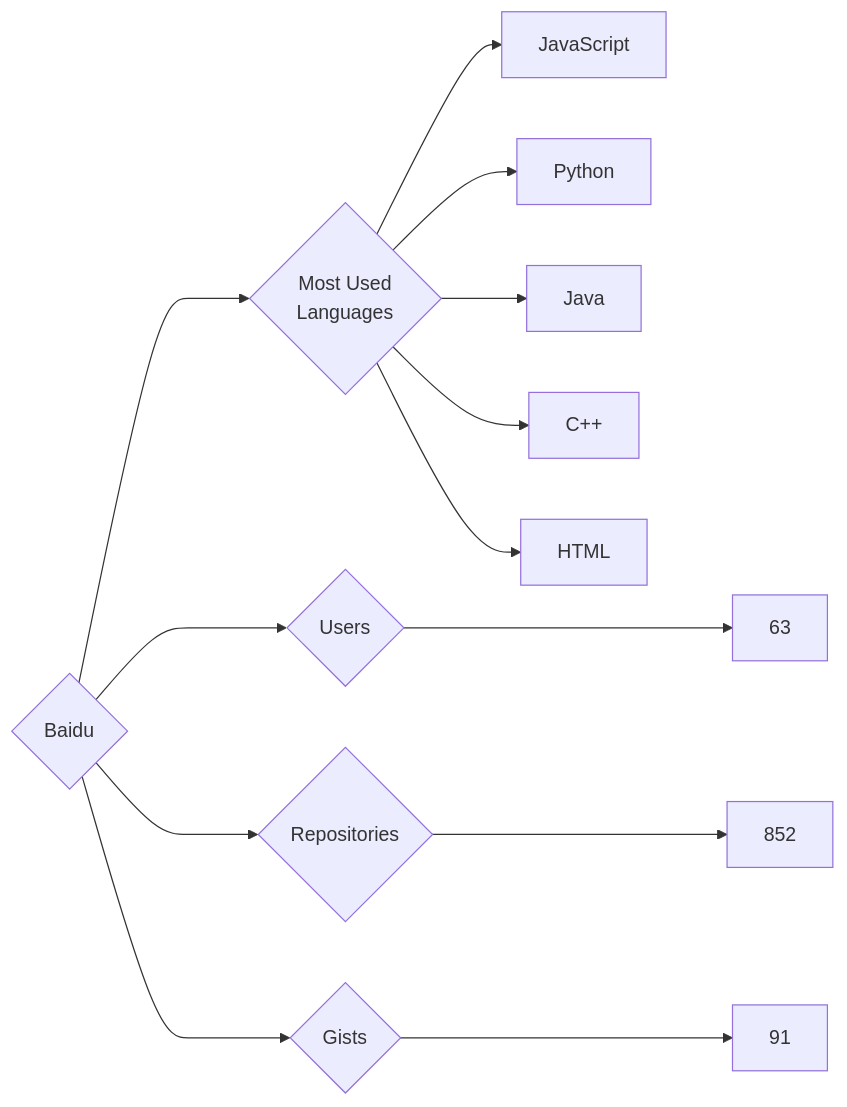
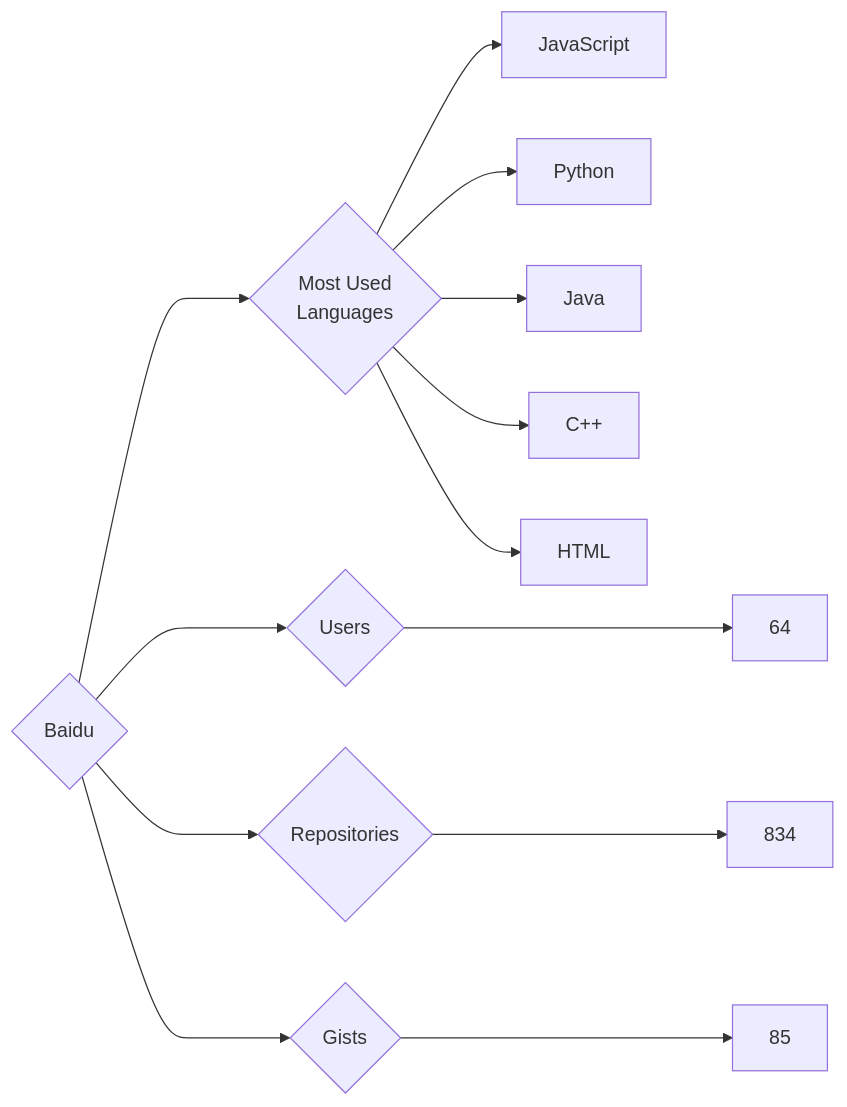
One commit to trickest/insiders changed the diagram in targets/Baidu/README.md. Above: the diagram before and after it, drawn with Mermaid. The commit also changed 1020 other files, not shown here.

````diff
--- a/targets/Baidu/README.md
+++ b/targets/Baidu/README.md
@@ -3,13 +3,13 @@
 ```mermaid
 graph LR
 COMPANY_NAME{Baidu}
-COMPANY_NAME ---> U{Users} ---> UN[63]
-COMPANY_NAME ---> R{Repositories} ---> RN[852]
-COMPANY_NAME ---> G{Gists} ---> GN[91]
+COMPANY_NAME ---> U{Users} ---> UN[64]
+COMPANY_NAME ---> R{Repositories} ---> RN[834]
+COMPANY_NAME ---> G{Gists} ---> GN[85]
 COMPANY_NAME ---> ML{Most Used<br>Languages}
 ML --> JavaScript[JavaScript]
 ML --> Python[Python]
 ML --> Java[Java]
 ML --> C++[C++]
 ML --> HTML[HTML]
 ```
````
